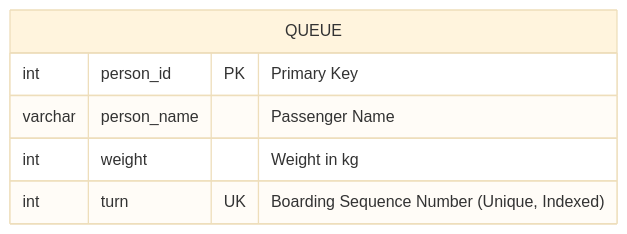
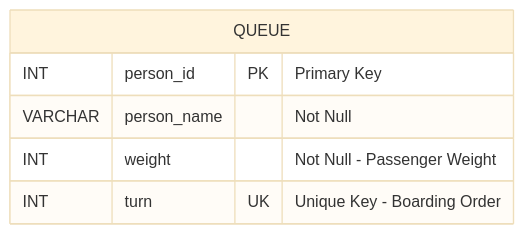
One commit to Balasubramanian-pg/SQL-Interview changed the second of 2 diagrams in Cheat Sheet/01 - Date Functions Window/Date Functions Window/Common Questions/10. Last Person to Fit in the Bus.md. Above: the diagram before and after it, drawn with Mermaid (base theme). The commit also changed other lines of this file, not shown here.

Commit message:
Update 10. Last Person to Fit in the Bus.md

````diff
--- a/Cheat Sheet/01 - Date Functions Window/Date Functions Window/Common Questions/10. Last Person to Fit in the Bus.md
+++ b/Cheat Sheet/01 - Date Functions Window/Date Functions Window/Common Questions/10. Last Person to Fit in the Bus.md
@@ -101,9 +84,9 @@
 ```mermaid
 erDiagram
     QUEUE {
-        int person_id PK "Primary Key"
-        varchar person_name "Passenger Name"
-        int weight "Weight in kg"
-        int turn UK "Boarding Sequence Number (Unique, Indexed)"
+        INT person_id PK "Primary Key"
+        VARCHAR person_name "Not Null"
+        INT weight "Not Null - Passenger Weight"
+        INT turn UK "Unique Key - Boarding Order"
     }
 ```
````
